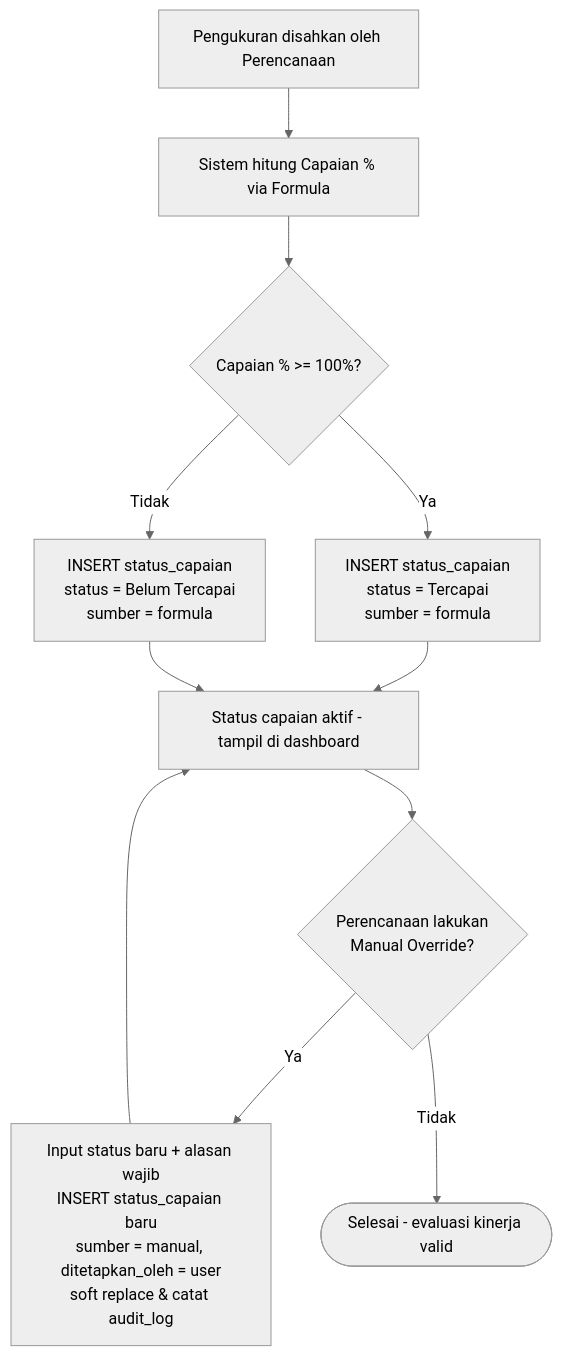
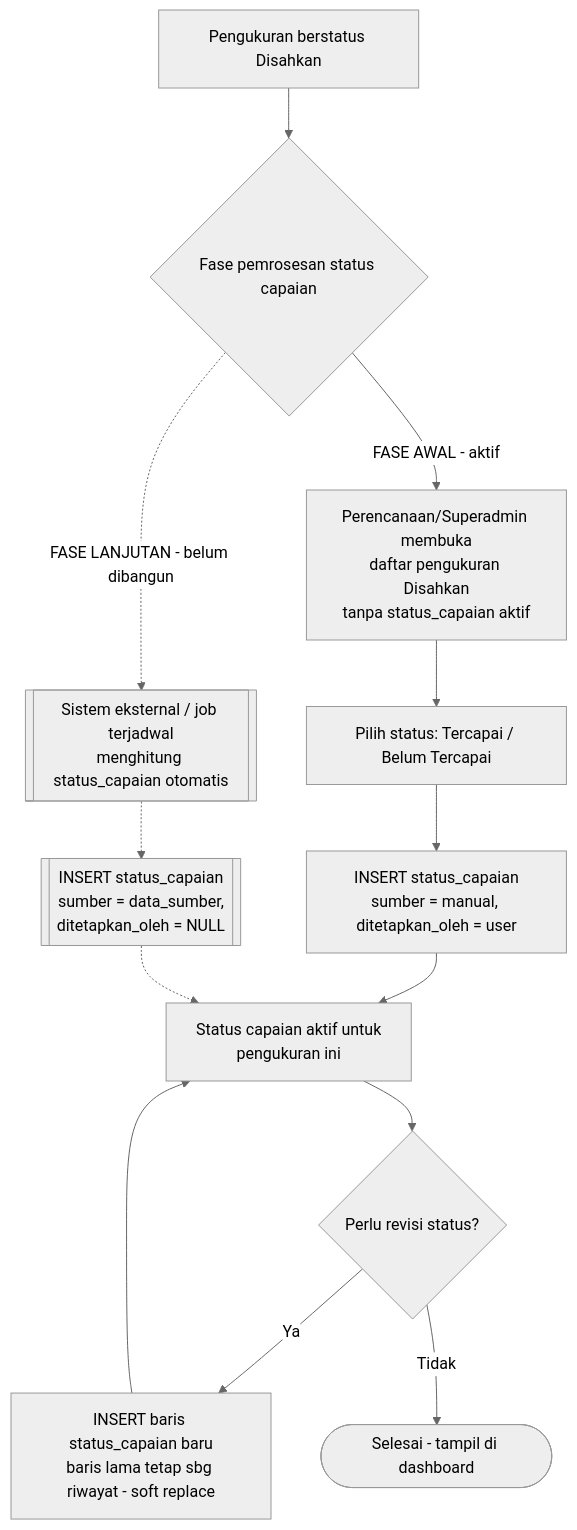
Before and after one commit to LLDIKTI-XVI-TEAM/SAKIP: diagram 16 of 22 in document/SAKIP - Workflow.md, drawn with Mermaid (neutral theme). The commit also changed other lines of this file and 4 other files, not shown here.

````diff
--- a/document/SAKIP - Workflow.md
+++ b/document/SAKIP - Workflow.md
@@ -578,13 +1327,16 @@
 ```mermaid
 flowchart TD
-    A[Pengukuran disahkan oleh Perencanaan] --> B[Sistem hitung Capaian % via Formula]
-    B --> C{Capaian % >= 100%?}
-    C -- Ya --> D[INSERT status_capaian\nstatus = Tercapai\nsumber = formula]
-    C -- Tidak --> E[INSERT status_capaian\nstatus = Belum Tercapai\nsumber = formula]
-    D --> F[Status capaian aktif - tampil di dashboard]
-    E --> F
-    F --> G{Perencanaan lakukan\nManual Override?}
-    G -- Ya --> H[Input status baru + alasan wajib\nINSERT status_capaian baru\nsumber = manual, ditetapkan_oleh = user\nsoft replace & catat audit_log]
+    A[Pengukuran berstatus Disahkan] --> B{Fase pemrosesan status capaian}
+    B -->|FASE AWAL - aktif| C[Perencanaan/Superadmin membuka\ndaftar pengukuran Disahkan\ntanpa status_capaian aktif]
+    C --> D[Pilih status: Tercapai / Belum Tercapai]
+    D --> E[INSERT status_capaian\nsumber = manual, ditetapkan_oleh = user]
+    E --> F[Status capaian aktif untuk\npengukuran ini]
+    F --> G{Perlu revisi status?}
+    G -- Ya --> H[INSERT baris status_capaian baru\nbaris lama tetap sbg riwayat - soft replace]
     H --> F
-    G -- Tidak --> I([Selesai - evaluasi kinerja valid])
+    G -- Tidak --> I([Selesai - tampil di dashboard])
+
+    B -.->|FASE LANJUTAN - belum dibangun| J[["Sistem eksternal / job terjadwal\nmenghitung status_capaian otomatis"]]
+    J -.-> K[["INSERT status_capaian\nsumber = data_sumber,\nditetapkan_oleh = NULL"]]
+    K -.-> F
 ```
````
